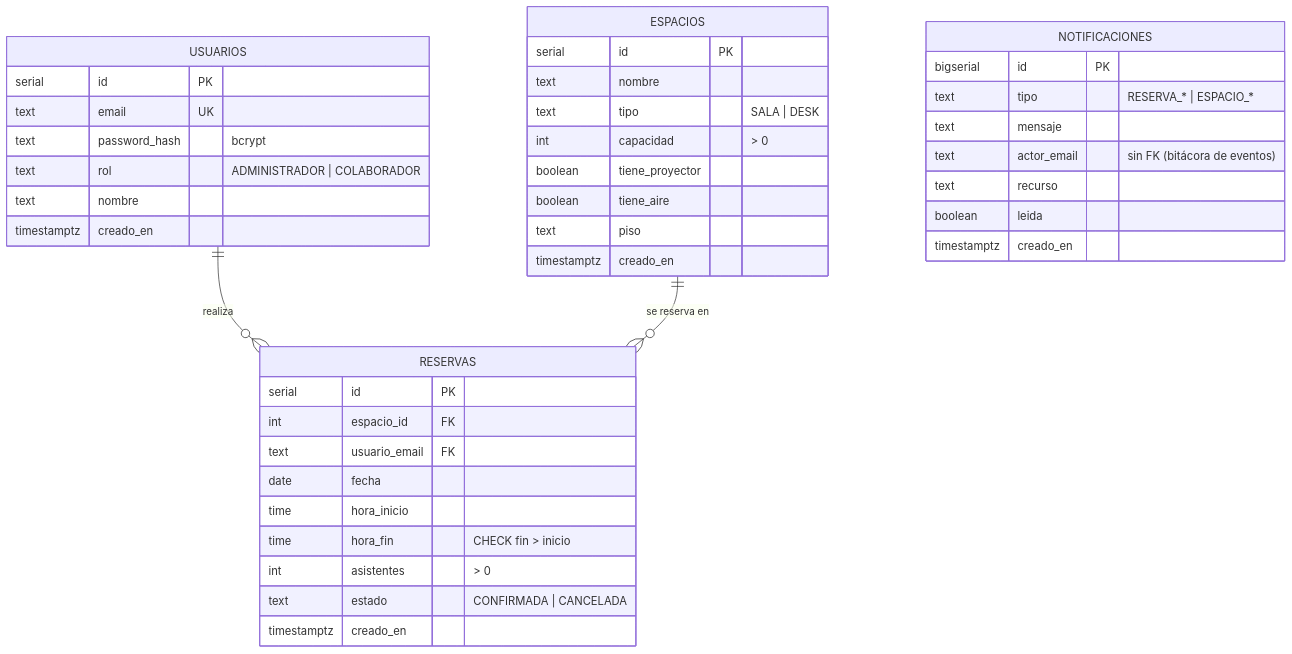
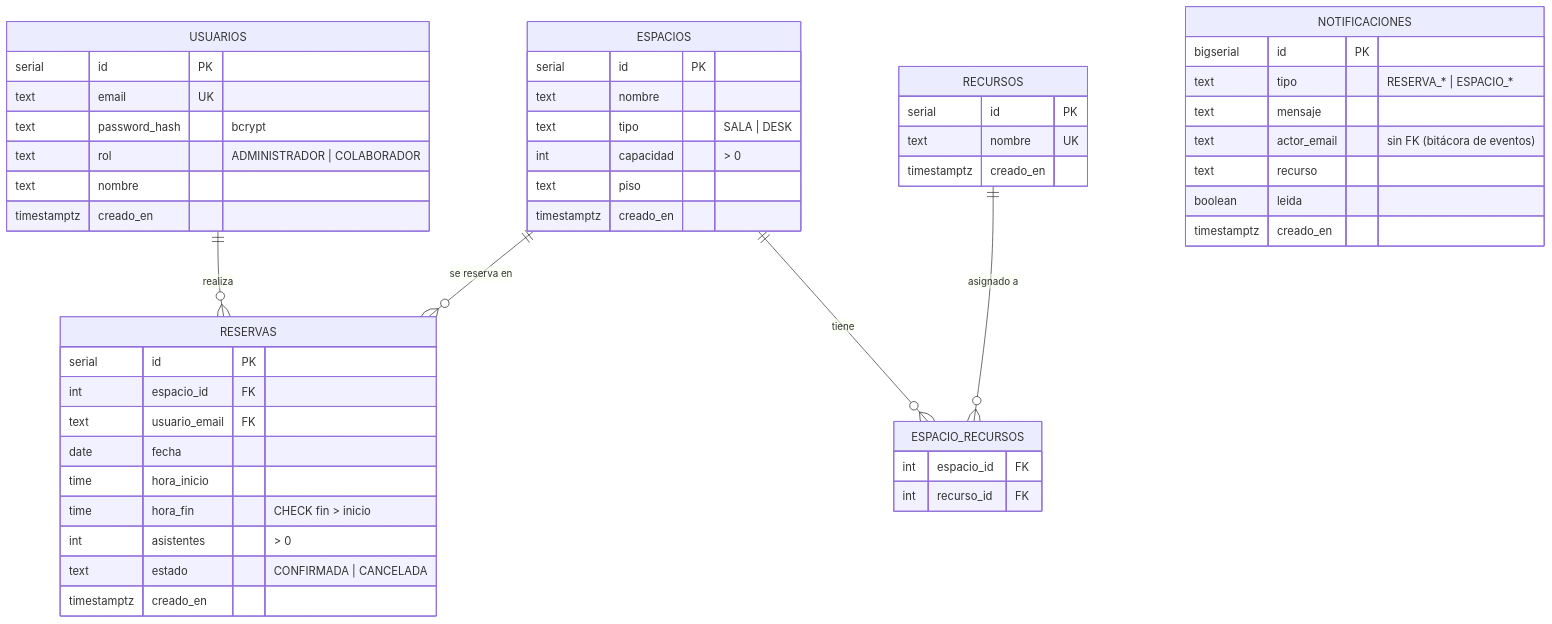
Before and after one commit to eigarciaortega/IBMHackathon2026: the second of 3 diagrams in docs/ARCHITECTURE.md, drawn with Mermaid. The commit also changed other lines of this file and 1 other file, not shown here.

Commit message:
docs(recursos): documenta el catalogo de recursos (endpoints, modelo y ERD)

````diff
--- a/docs/ARCHITECTURE.md
+++ b/docs/ARCHITECTURE.md
@@ -67,47 +67,58 @@
 ```mermaid
 erDiagram
     USUARIOS ||--o{ RESERVAS : "realiza"
     ESPACIOS ||--o{ RESERVAS : "se reserva en"
+    ESPACIOS ||--o{ ESPACIO_RECURSOS : "tiene"
+    RECURSOS ||--o{ ESPACIO_RECURSOS : "asignado a"
 
     USUARIOS {
         serial      id PK
         text        email UK
         text        password_hash "bcrypt"
         text        rol "ADMINISTRADOR | COLABORADOR"
         text        nombre
         timestamptz creado_en
     }
 
     ESPACIOS {
         serial      id PK
         text        nombre
         text        tipo "SALA | DESK"
         int         capacidad "> 0"
-        boolean     tiene_proyector
-        boolean     tiene_aire
         text        piso
         timestamptz creado_en
+    }
+
+    RECURSOS {
+        serial      id PK
+        text        nombre UK
+        timestamptz creado_en
+    }
+
+    ESPACIO_RECURSOS {
+        int espacio_id FK
+        int recurso_id FK
     }
 
     RESERVAS {
         serial      id PK
         int         espacio_id FK
         text        usuario_email FK
         date        fecha
         time        hora_inicio
         time        hora_fin "CHECK fin > inicio"
         int         asistentes "> 0"
         text        estado "CONFIRMADA | CANCELADA"
         timestamptz creado_en
     }
 
     NOTIFICACIONES {
         bigserial   id PK
         text        tipo "RESERVA_* | ESPACIO_*"
         text        mensaje
         text        actor_email "sin FK (bitácora de eventos)"
         text        recurso
         boolean     leida
         timestamptz creado_en
     }
 ```
````
